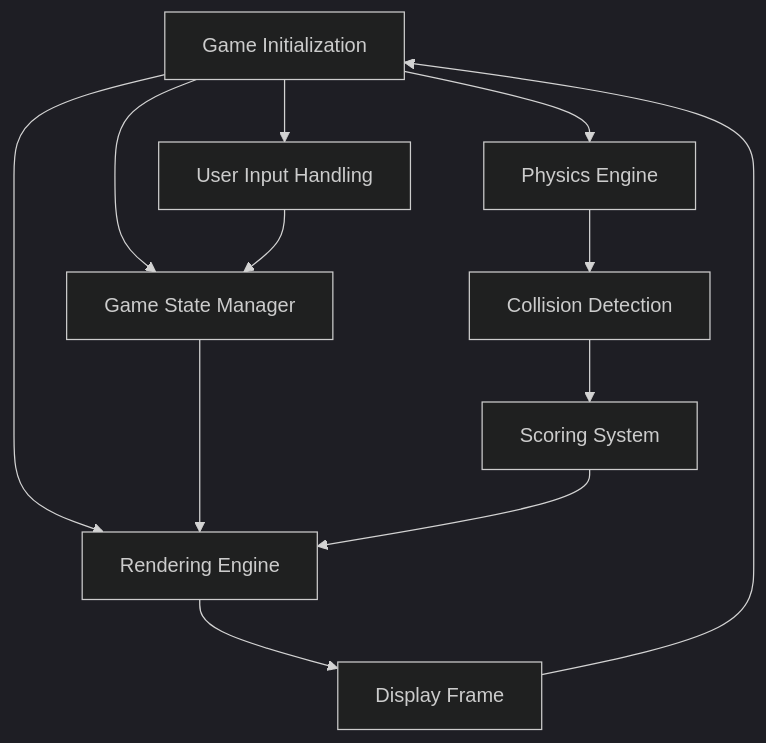
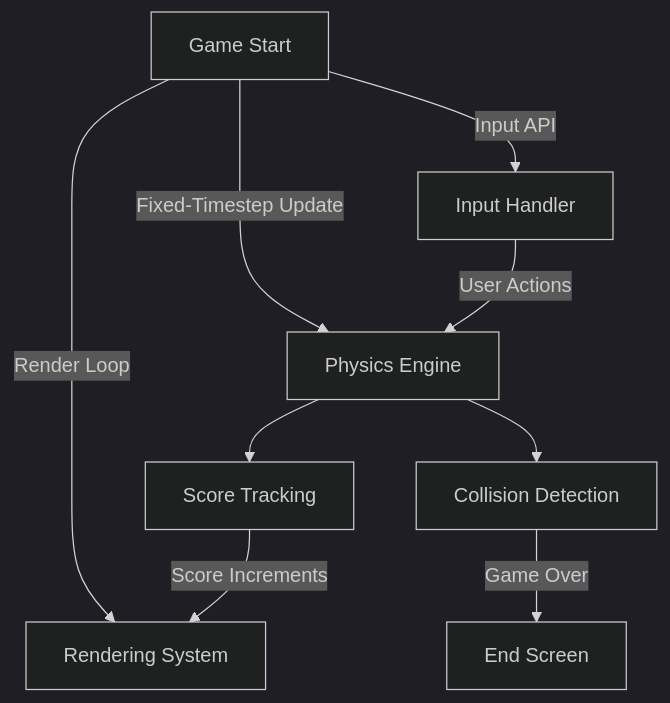
Before and after one commit to EF361/flappy-bird: the diagram in README.md, drawn with Mermaid (dark theme). The commit also changed other lines of this file, not shown here.

````diff
--- a/README.md
+++ b/README.md
@@ -22,14 +24,10 @@
 ```mermaid
-graph TD
-    Start[Game Initialization] --> Render[Rendering Engine]
-    Start --> Input[User Input Handling]
-    Start --> Physics[Physics Engine]
-    Start --> State[Game State Manager]
-    Physics --> Collision[Collision Detection]
-    Input --> State
-    Collision --> Scoring[Scoring System]
-    State --> Render
-    Scoring --> Render
-    Render --> End[Display Frame]
-    End --> Start
-```
+flowchart TD
+    Start[Game Start] -->|Render Loop| Render[Rendering System]
+    Start -->|Input API| Input[Input Handler]
+    Start -->|Fixed-Timestep Update| Physics[Physics Engine] --> Collision[Collision Detection]
+    Physics --> Scoring[Score Tracking]
+    Collision -->|Game Over| End[End Screen]
+    Scoring -->|Score Increments| Render
+    Input -->|User Actions| Physics
+```  
````
